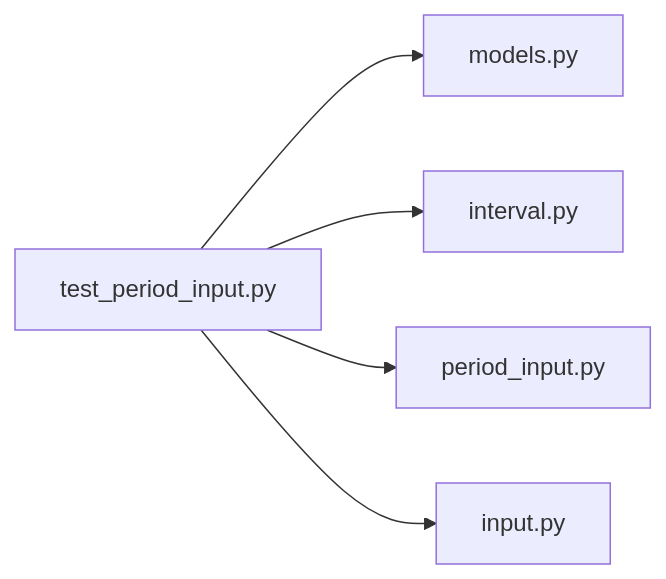
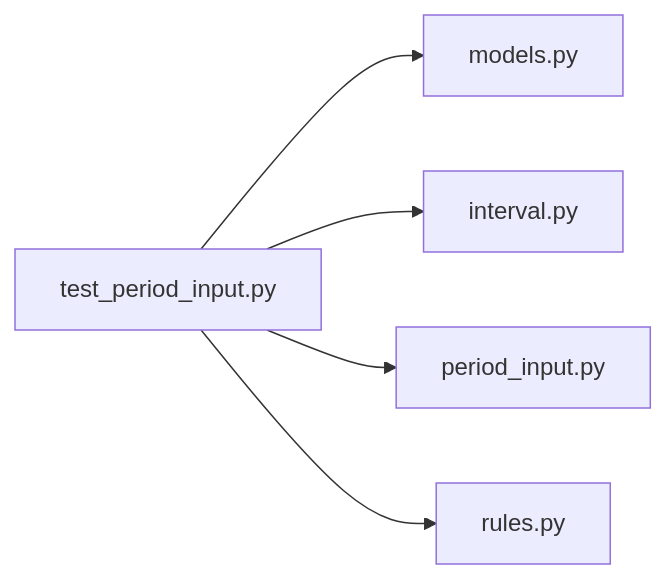
One commit to minkong-dev/Banblit changed the diagram in .cluedoc/graph/backend/tests/unit/test_period_input.md. Above: the diagram before and after it, drawn with Mermaid. The commit also changed other lines of this file and 75 other files, not shown here.

````diff
--- a/.cluedoc/graph/backend/tests/unit/test_period_input.md
+++ b/.cluedoc/graph/backend/tests/unit/test_period_input.md
@@ -10,8 +10,8 @@
 ```mermaid
 flowchart LR
   backend_tests_unit_test_period_input["test_period_input.py"]
   backend_tests_unit_test_period_input --> backend_src_backend_db_models["models.py"]
   backend_tests_unit_test_period_input --> backend_src_backend_scheduling_interval["interval.py"]
   backend_tests_unit_test_period_input --> backend_src_backend_services_period_period_input["period_input.py"]
-  backend_tests_unit_test_period_input --> backend_src_backend_services_validation_input["input.py"]
+  backend_tests_unit_test_period_input --> backend_src_backend_services_validation_rules["rules.py"]
 ```
````
